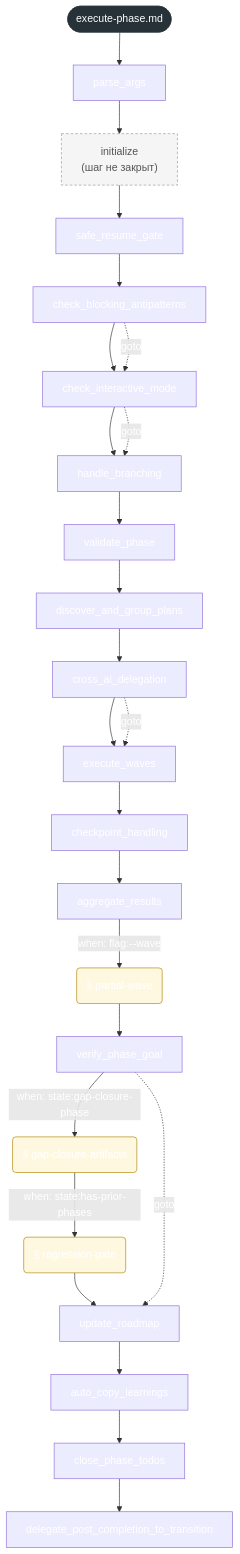
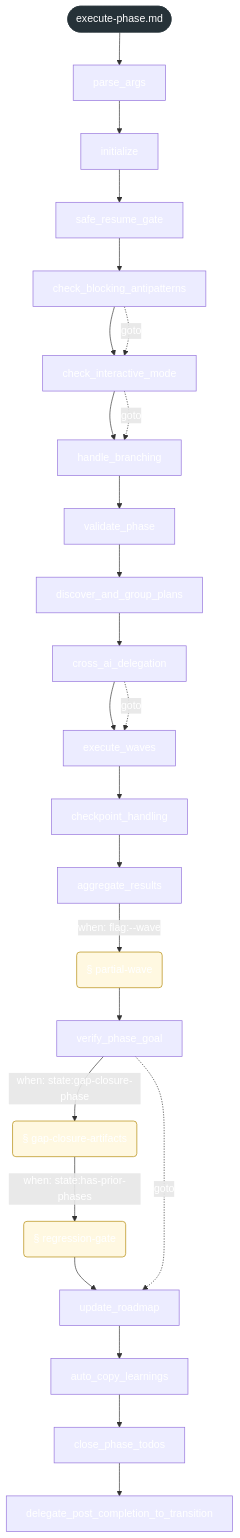
One commit to Govorin/gsd-core changed the first of 2 diagrams in docs/reference/workflow-maps/execute-phase.md. Above: the diagram before and after it, drawn with Mermaid. The commit also changed other lines of this file and 20 other files, not shown here.

````diff
--- a/docs/reference/workflow-maps/execute-phase.md
+++ b/docs/reference/workflow-maps/execute-phase.md
@@ -15,58 +15,58 @@
 ```mermaid
 flowchart TB
   wf_root(["execute-phase.md"]):::root
   u_step_parse_args["parse_args"]
-  u_step_initialize["initialize<br/>(шаг не закрыт)"]:::unparsed
+  u_step_initialize["initialize"]
   u_step_safe_resume_gate["safe_resume_gate"]
   u_step_check_blocking_antipatterns["check_blocking_antipatterns"]
   u_step_check_interactive_mode["check_interactive_mode"]
   u_step_handle_branching["handle_branching"]
   u_step_validate_phase["validate_phase"]
   u_step_discover_and_group_plans["discover_and_group_plans"]
   u_step_cross_ai_delegation["cross_ai_delegation"]
   u_step_execute_waves["execute_waves"]
   u_step_checkpoint_handling["checkpoint_handling"]
   u_step_aggregate_results["aggregate_results"]
   u_section_partial_wave("§ partial-wave"):::conditional
   u_step_verify_phase_goal["verify_phase_goal"]
   u_section_gap_closure_artifacts("§ gap-closure-artifacts"):::conditional
   u_section_regression_gate("§ regression-gate"):::conditional
   u_step_update_roadmap["update_roadmap"]
   u_step_auto_copy_learnings["auto_copy_learnings"]
   u_step_close_phase_todos["close_phase_todos"]
   u_step_delegate_post_completion_to_transition["delegate_post_completion_to_transition"]
   wf_root --> u_step_parse_args
   u_step_parse_args --> u_step_initialize
   u_step_initialize --> u_step_safe_resume_gate
   u_step_safe_resume_gate --> u_step_check_blocking_antipatterns
   u_step_check_blocking_antipatterns --> u_step_check_interactive_mode
   u_step_check_interactive_mode --> u_step_handle_branching
   u_step_handle_branching --> u_step_validate_phase
   u_step_validate_phase --> u_step_discover_and_group_plans
   u_step_discover_and_group_plans --> u_step_cross_ai_delegation
   u_step_cross_ai_delegation --> u_step_execute_waves
   u_step_execute_waves --> u_step_checkpoint_handling
   u_step_checkpoint_handling --> u_step_aggregate_results
   u_step_aggregate_results -->|"when#58; flag#58;#45;#45;wave"| u_section_partial_wave
   u_section_partial_wave --> u_step_verify_phase_goal
   u_step_verify_phase_goal -->|"when#58; state#58;gap-closure-phase"| u_section_gap_closure_artifacts
   u_section_gap_closure_artifacts -->|"when#58; state#58;has-prior-phases"| u_section_regression_gate
   u_section_regression_gate --> u_step_update_roadmap
   u_step_update_roadmap --> u_step_auto_copy_learnings
   u_step_auto_copy_learnings --> u_step_close_phase_todos
   u_step_close_phase_todos --> u_step_delegate_post_completion_to_transition
   u_step_check_blocking_antipatterns -.->|"goto"| u_step_check_interactive_mode
   u_step_check_interactive_mode -.->|"goto"| u_step_handle_branching
   u_step_cross_ai_delegation -.->|"goto"| u_step_execute_waves
   u_step_verify_phase_goal -.->|"goto"| u_step_update_roadmap
   classDef missing fill:#fdecea,stroke:#d33,stroke-dasharray:4 3
   classDef unparsed fill:#f5f5f5,stroke:#999999,stroke-dasharray:4 3,color:#555
   classDef conditional fill:#fff8e1,stroke:#b28704
   classDef root fill:#263238,color:#ffffff,stroke:#263238
   classDef agent fill:#e8f0fe,stroke:#3367d6
   classDef builtin fill:#eeeeee,stroke:#777777
   classDef capability fill:#e6f4ea,stroke:#2e7d32
   classDef dynamic fill:#f2f2f2,stroke:#888,stroke-dasharray:2 2
   classDef point fill:#f3e8fd,stroke:#8e24aa
   classDef workflow fill:#ffffff,stroke:#555555
 ```
````
